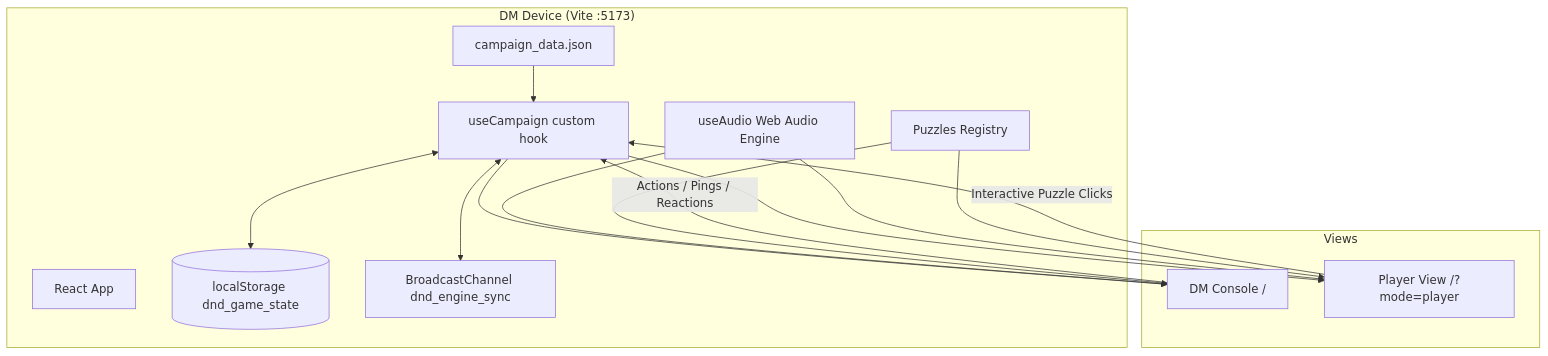
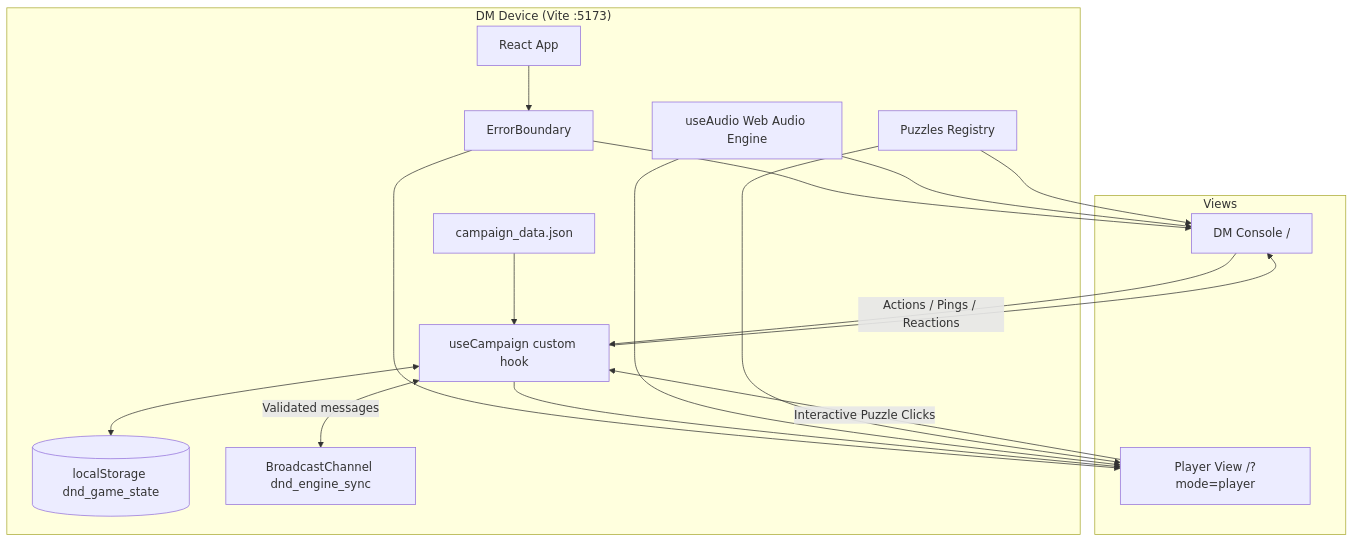
The first of 2 diagrams in documentation.md (lanoitcif/ddcamp), drawn with Mermaid before and after one commit. The commit also changed other lines of this file and 1 other file, not shown here.

````diff
--- a/documentation.md
+++ b/documentation.md
@@ -31,30 +38,34 @@
 ```mermaid
 graph TD
     subgraph Host["DM Device (Vite :5173)"]
         App[React App]
+        EB[ErrorBoundary]
         Hook[useCampaign custom hook]
         LS[(localStorage dnd_game_state)]
         BC[BroadcastChannel dnd_engine_sync]
         Audio[useAudio Web Audio Engine]
         Puzzles[Puzzles Registry]
         Data[campaign_data.json]
     end
 
     subgraph Views
         DM[DM Console /]
         TV[Player View /?mode=player]
     end
 
     Data --> Hook
     Hook <--> LS
-    Hook <--> BC
+    Hook <-->|Validated messages| BC
+    App --> EB
+    EB --> DM
+    EB --> TV
     Hook --> DM
     Hook --> TV
     Audio --> DM
     Audio --> TV
     Puzzles --> DM
     Puzzles --> TV
 
     DM -->|Actions / Pings / Reactions| Hook
     TV -->|Interactive Puzzle Clicks| Hook
 ```
````
